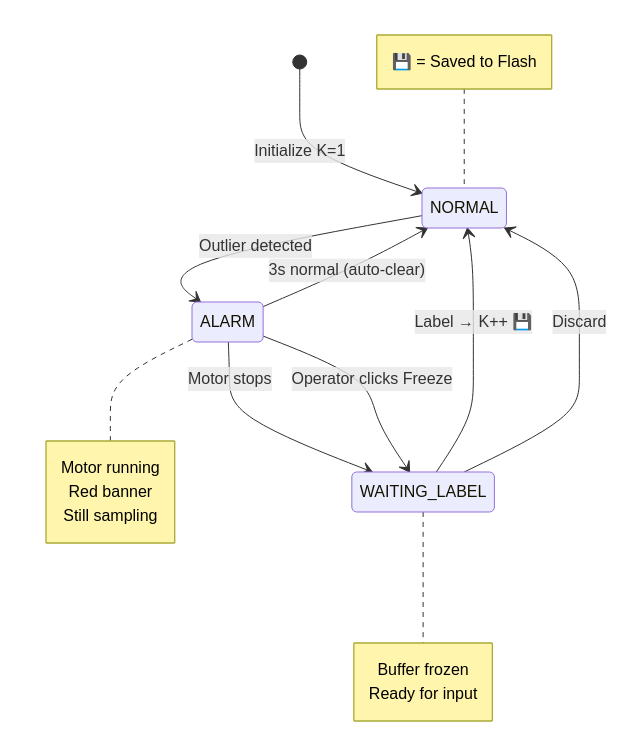
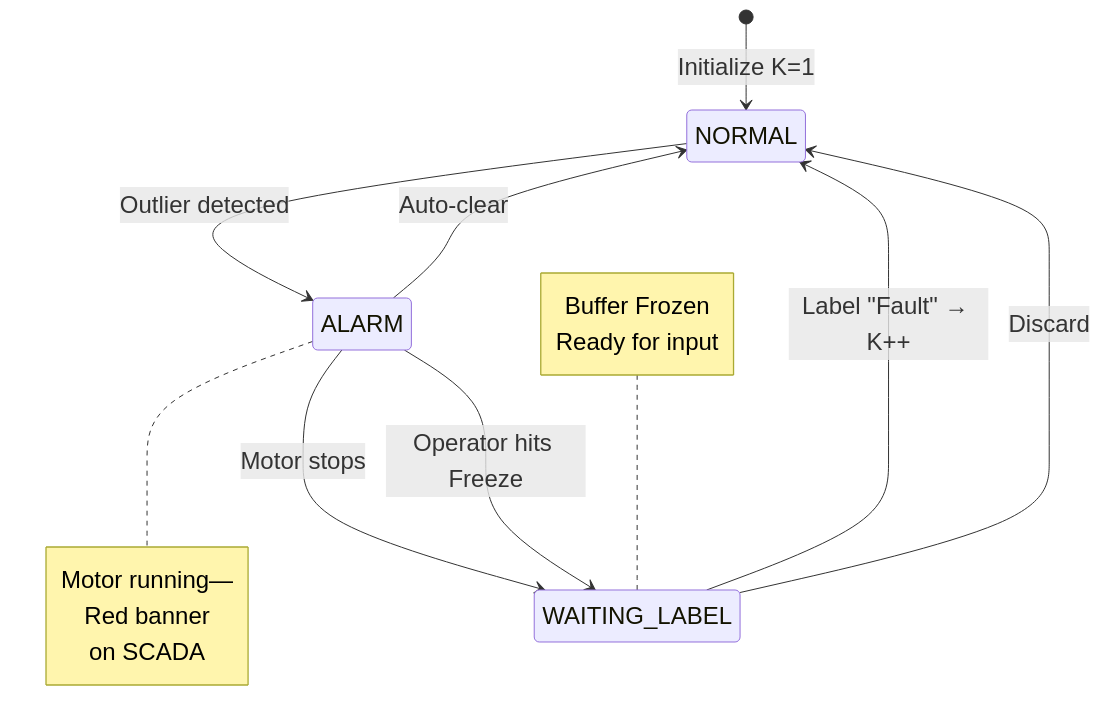
The third of 6 diagrams in slidev/slides.md (leekaize/tinyol-hitl), drawn with Mermaid before and after one commit. The commit also changed other lines of this file and 5 other files, not shown here.

````diff
--- a/slidev/slides.md
+++ b/slidev/slides.md
@@ -263,18 +388,17 @@
 ```mermaid
+%%{init: {'themeVariables': { 'fontSize': '24px' }}}%%
 stateDiagram-v2
     [*] --> NORMAL: Initialize K=1
 
     NORMAL --> ALARM: Outlier detected
-    note right of ALARM: Motor running<br/>Red banner<br/>Still sampling
+    note right of ALARM: Motor running—<br/>Red banner<br/>on SCADA
 
-    ALARM --> NORMAL: 3s normal (auto-clear)
+    ALARM --> NORMAL: Auto-clear
 
     ALARM --> WAITING_LABEL: Motor stops
-    ALARM --> WAITING_LABEL: Operator clicks Freeze
-    note right of WAITING_LABEL: Buffer frozen<br/>Ready for input
+    ALARM --> WAITING_LABEL: Operator hits Freeze
+    note left of WAITING_LABEL: Buffer Frozen<br/>Ready for input
 
-    WAITING_LABEL --> NORMAL: Label → K++ 💾
+    WAITING_LABEL --> NORMAL: Label "Fault" → K++
     WAITING_LABEL --> NORMAL: Discard
-
-    note left of NORMAL: 💾 = Saved to Flash
 ```
````
